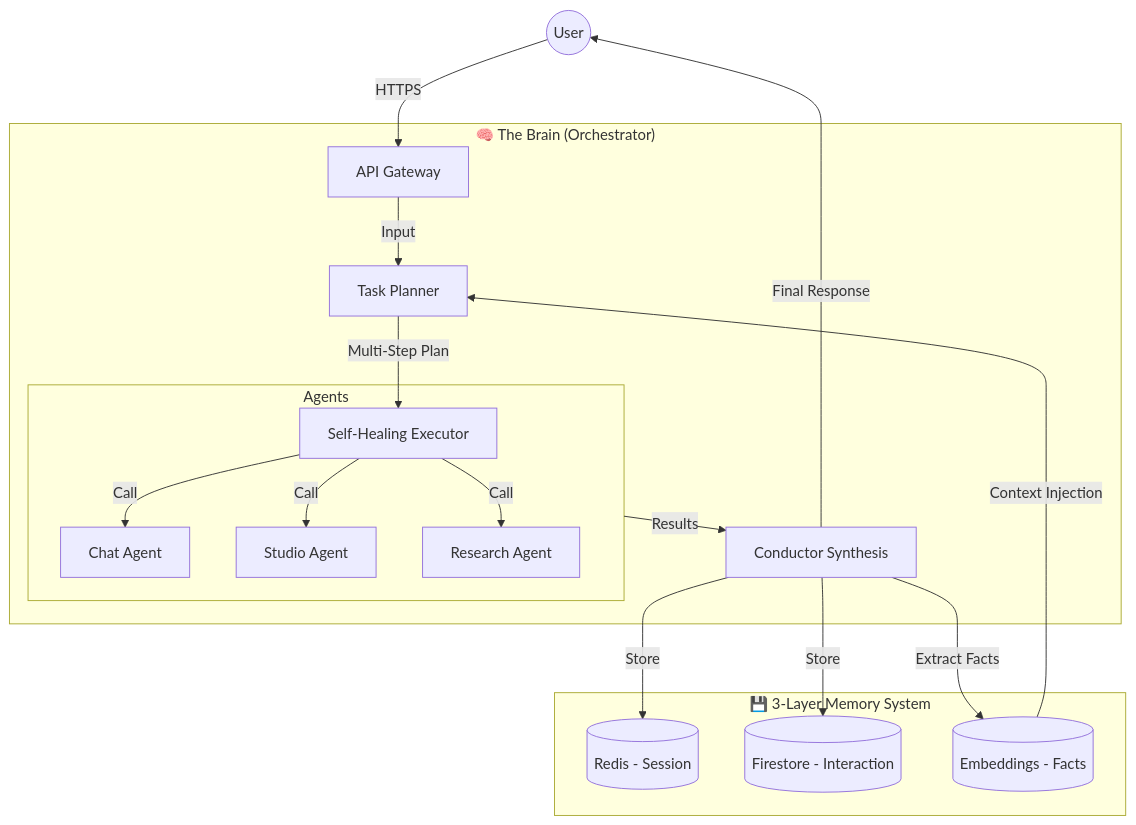
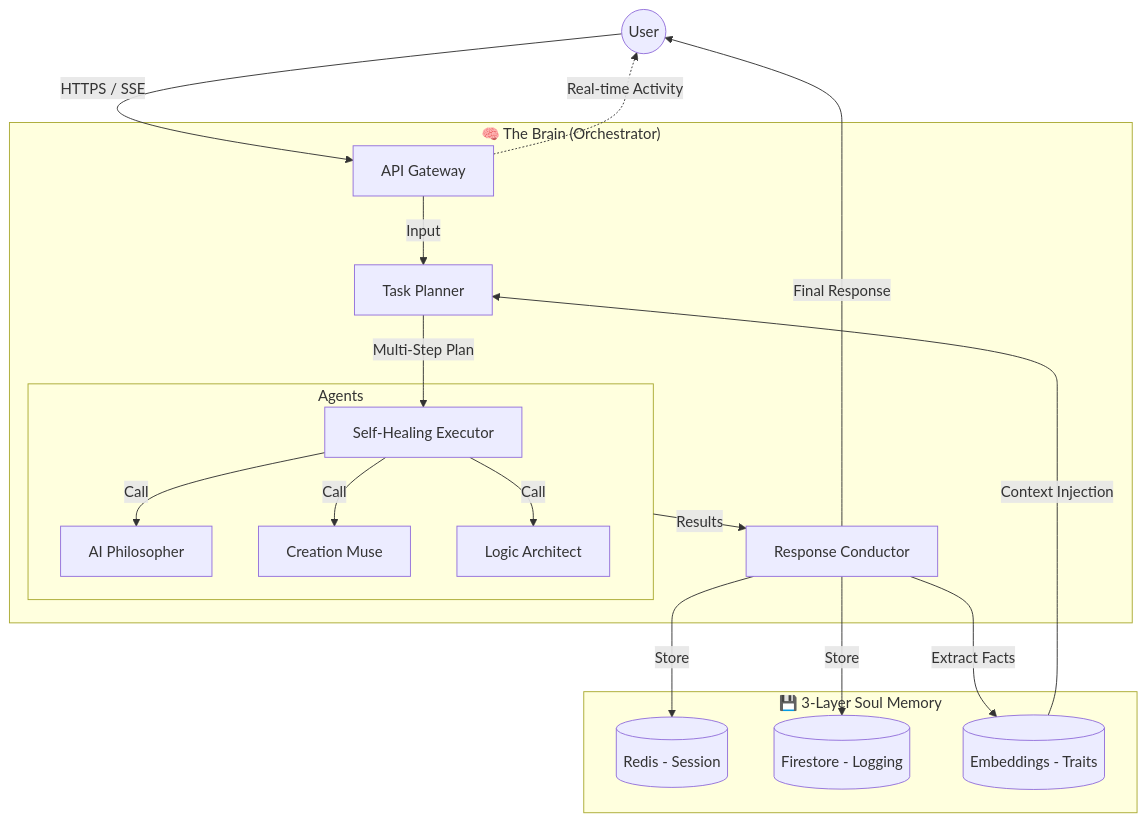
One commit to Blackdrg/levi-ai-innovate changed the diagram in README.md. Above: the diagram before and after it, drawn with Mermaid. The commit also changed other lines of this file, not shown here.

````diff
--- a/README.md
+++ b/README.md
@@ -15,26 +15,27 @@
 ```mermaid
 graph TD
-    User((User)) -->|HTTPS| Gateway[API Gateway]
+    User((User)) -->|HTTPS / SSE| Gateway[API Gateway]
     
     subgraph Brain ["🧠 The Brain (Orchestrator)"]
         Gateway -->|Input| Planner[Task Planner]
         Planner -->|Multi-Step Plan| Executor[Self-Healing Executor]
         
         subgraph Agents
-            Executor -->|Call| ChatAgent[Chat Agent]
-            Executor -->|Call| ImageAgent[Studio Agent]
-            Executor -->|Call| ResearchAgent[Research Agent]
+            Executor -->|Call| ChatAgent[AI Philosopher]
+            Executor -->|Call| ImageAgent[Creation Muse]
+            Executor -->|Call| CodeAgent[Logic Architect]
         end
         
-        Agents -->|Results| Synthesizer[Conductor Synthesis]
+        Agents -->|Results| Synthesizer[Response Conductor]
     end
     
-    subgraph Memory ["💾 3-Layer Memory System"]
+    subgraph Memory ["💾 3-Layer Soul Memory"]
         Synthesizer -->|Store| ShortTerm[(Redis - Session)]
-        Synthesizer -->|Store| MidTerm[(Firestore - Interaction)]
-        Synthesizer -->|Extract Facts| LongTerm[(Embeddings - Facts)]
+        Synthesizer -->|Store| MidTerm[(Firestore - Logging)]
+        Synthesizer -->|Extract Facts| LongTerm[(Embeddings - Traits)]
     end
     
     LongTerm -->|Context Injection| Planner
     Synthesizer -->|Final Response| User
+    Gateway -.->|Real-time Activity| User
 ```
````
